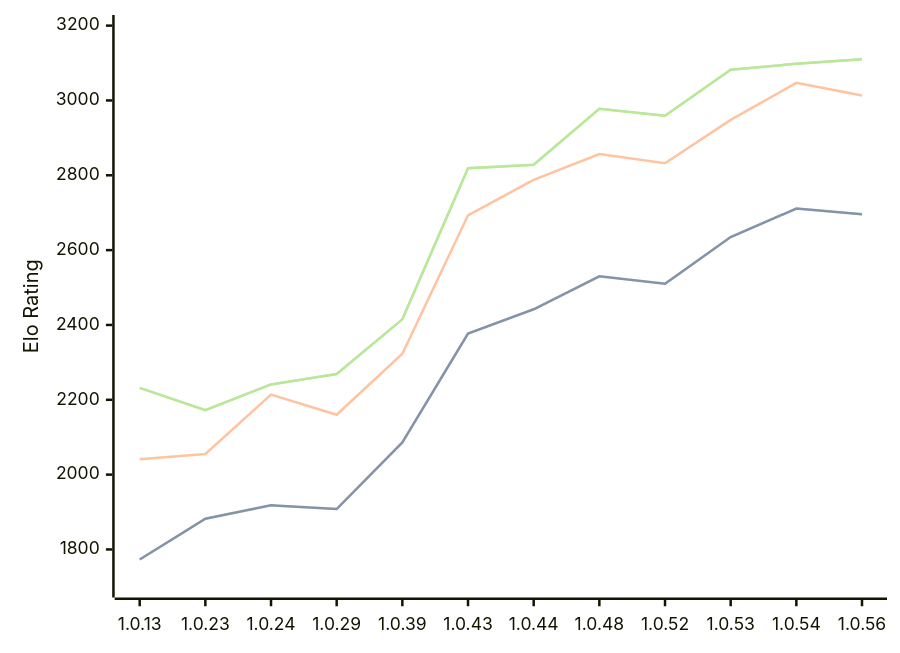
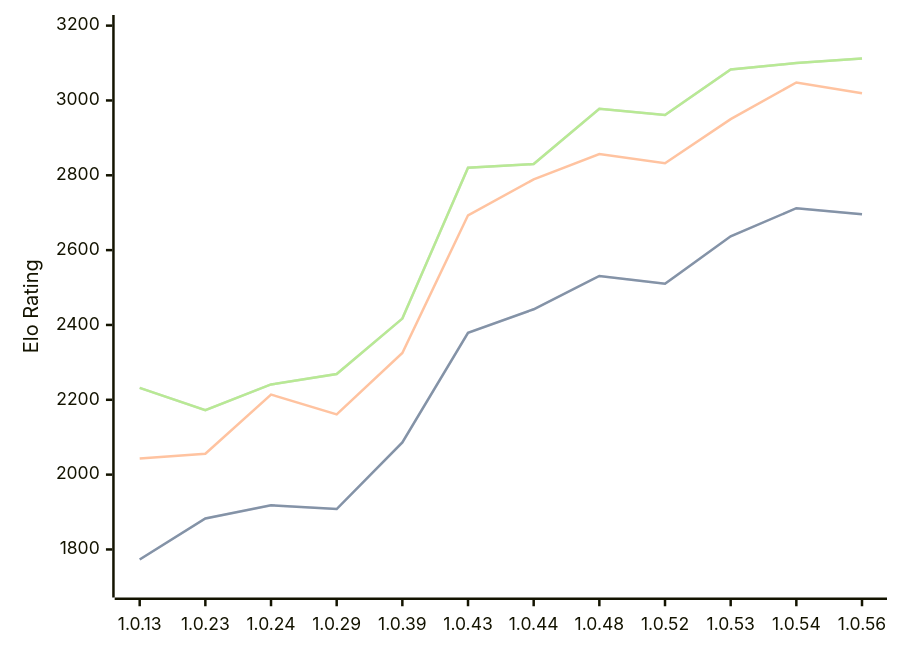
The diagram in engines/RustyRival.md (computer-chess-index/cci), drawn with Mermaid before and after one commit. The commit also changed other lines of this file, not shown here.

Commit message:
Update CCI Ratings (ELO VLTC) - 2026-09-14

````diff
--- a/engines/RustyRival.md
+++ b/engines/RustyRival.md
@@ -64,11 +64,11 @@
 ```mermaid
 %%{init: {"theme":"base","themeVariables":{"seriesColors:['#a3a3a3','#222221','#faa371']}}}%%
 xychart-beta
   x-axis ["1.0.13", "1.0.23", "1.0.24", "1.0.29", "1.0.39", "1.0.43", "1.0.44", "1.0.48", "1.0.52", "1.0.53", "1.0.54", "1.0.56"]
   y-axis "Elo Rating" 1700 --> 3200
-  line "" [1773, 1882, 1918, 1908, 2086, 2377, 2442, 2530, 2510, 2635, 2711, 2696]
-  line "STC (8.0+0.08s)" [1773, 1882, 1918, 1908, 2086, 2377, 2442, 2530, 2510, 2635, 2711, 2696]
-  line "LTC (60.0+0.60s)" [2041, 2055, 2214, 2160, 2323, 2693, 2788, 2857, 2832, 2948, 3047, 3013]
-  line "" [2232, 2172, 2241, 2269, 2415, 2819, 2828, 2978, 2959, 3082, 3098, 3110]
-  line "VLTC (2m24s+1.12s)" [2232, 2172, 2241, 2269, 2415, 2819, 2828, 2978, 2959, 3082, 3098, 3110]
+  line "" [1773, 1883, 1918, 1908, 2086, 2379, 2442, 2531, 2510, 2637, 2712, 2696]
+  line "STC (8.0+0.08s)" [1773, 1883, 1918, 1908, 2086, 2379, 2442, 2531, 2510, 2637, 2712, 2696]
+  line "LTC (60.0+0.60s)" [2043, 2056, 2214, 2161, 2325, 2693, 2789, 2857, 2832, 2950, 3048, 3019]
+  line "" [2232, 2172, 2241, 2269, 2417, 2820, 2830, 2978, 2961, 3083, 3100, 3112]
+  line "VLTC (2m24s+1.12s)" [2232, 2172, 2241, 2269, 2417, 2820, 2830, 2978, 2961, 3083, 3100, 3112]
 ```
````
